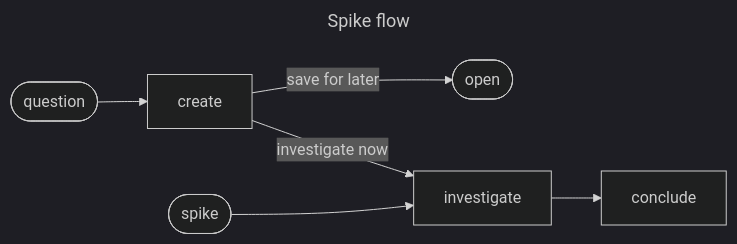
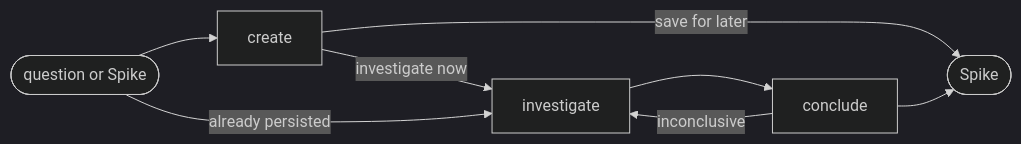
Before and after one commit to ai-driven-dev/aidd-framework: the diagram in plugins/aidd-pm/skills/05-spike/SKILL.md, drawn with Mermaid (dark theme). The commit also changed other lines of this file and 77 other files, not shown here.

````diff
--- a/plugins/aidd-pm/skills/05-spike/SKILL.md
+++ b/plugins/aidd-pm/skills/05-spike/SKILL.md
@@ -9,18 +9,9 @@
 ```mermaid
----
-title: Spike flow
----
 flowchart LR
-  Question([question])
-  Create[create]
-  Open([open])
-  Spike([spike])
-  Investigate[investigate]
-  Conclude[conclude]
-
-  Question --> Create
-  Create -- "save for later" --> Open
-  Create -- "investigate now" --> Investigate
-  Spike --> Investigate
-  Investigate --> Conclude
+  source([question or Spike]) --> create
+  source -->|"already persisted"| investigate
+  create -->|"save for later"| done
+  create -->|"investigate now"| investigate --> conclude
+  conclude -->|"inconclusive"| investigate
+  conclude --> done([Spike])
 ```
````
